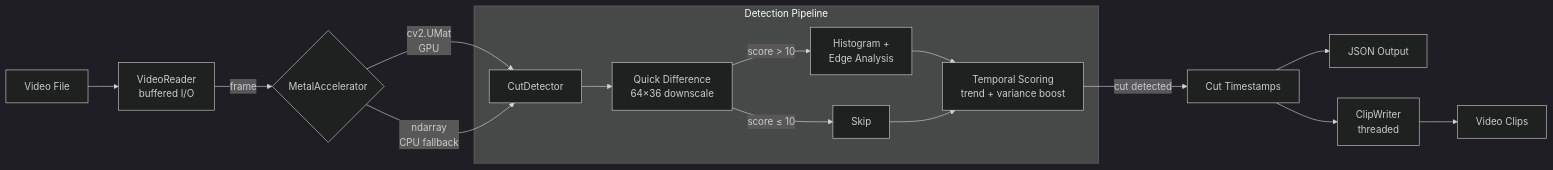
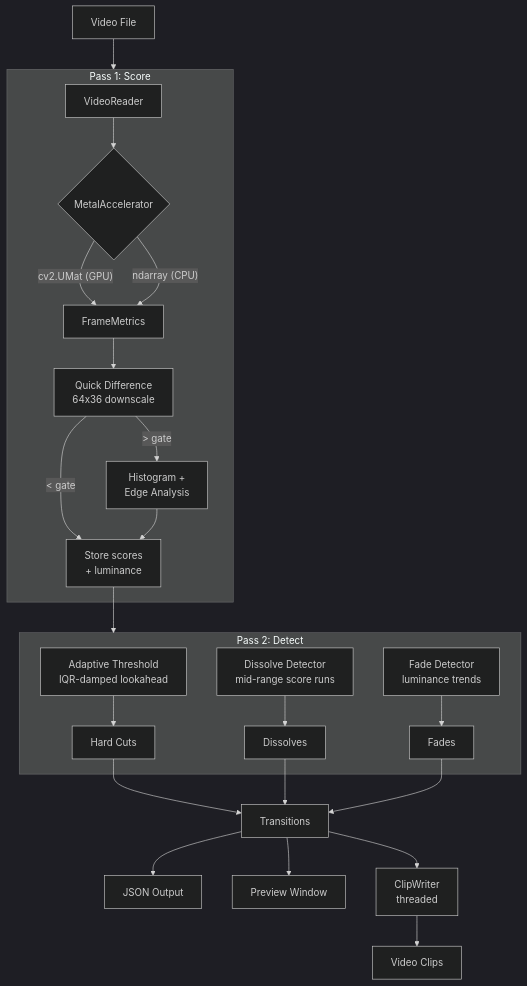
Before and after one commit to joaodotwork/metalcut: the diagram in README.md, drawn with Mermaid (dark theme). The commit also changed other lines of this file, not shown here.

First line of the commit message:
Update README with two-pass architecture and full CLI reference

````diff
--- a/README.md
+++ b/README.md
@@ -20,20 +53,31 @@
 ```mermaid
-flowchart LR
-    Video[Video File] --> Reader[VideoReader\nbuffered I/O]
-    Reader --> |frame| Accel{MetalAccelerator}
-    Accel --> |cv2.UMat\nGPU| Detect[CutDetector]
-    Accel --> |ndarray\nCPU fallback| Detect
+flowchart TD
+    Video[Video File] --> Pass1
 
-    subgraph Detection Pipeline
-        Detect --> Quick[Quick Difference\n64×36 downscale]
-        Quick --> |score > 10| Detailed[Histogram +\nEdge Analysis]
-        Quick --> |score ≤ 10| Skip[Skip]
-        Detailed --> Temporal[Temporal Scoring\ntrend + variance boost]
-        Skip --> Temporal
+    subgraph Pass1 ["Pass 1: Score"]
+        Reader1[VideoReader] --> Accel{MetalAccelerator}
+        Accel --> |"cv2.UMat (GPU)"| Score[FrameMetrics]
+        Accel --> |"ndarray (CPU)"| Score
+        Score --> Quick["Quick Difference\n64x36 downscale"]
+        Quick --> |"> gate"| Detailed["Histogram +\nEdge Analysis"]
+        Quick --> |"< gate"| Store
+        Detailed --> Store["Store scores\n+ luminance"]
     end
 
-    Temporal --> |cut detected| Cuts[Cut Timestamps]
-    Cuts --> JSON[JSON Output]
-    Cuts --> Writer[ClipWriter\nthreaded]
+    Store --> Pass2
+
+    subgraph Pass2 ["Pass 2: Detect"]
+        Adaptive["Adaptive Threshold\nIQR-damped lookahead"] --> HardCuts[Hard Cuts]
+        Dissolves["Dissolve Detector\nmid-range score runs"] --> DissolveOut[Dissolves]
+        Fades["Fade Detector\nluminance trends"] --> FadeOut[Fades]
+    end
+
+    HardCuts --> Output
+    DissolveOut --> Output
+    FadeOut --> Output
+
+    Output[Transitions] --> JSON[JSON Output]
+    Output --> Preview["Preview Window"]
+    Output --> Writer["ClipWriter\nthreaded"]
     Writer --> Clips[Video Clips]
 ```
````
